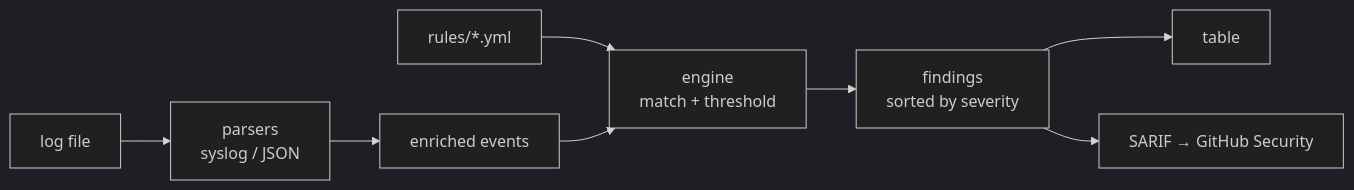
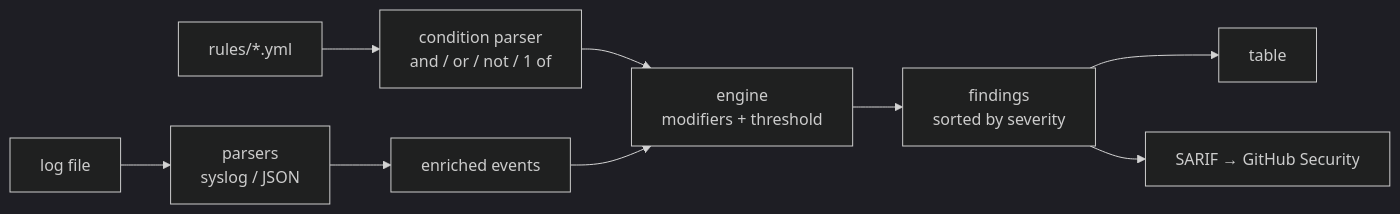
Before and after one commit to a0merr/siglint: the diagram in README.md, drawn with Mermaid (dark theme). The commit also changed other lines of this file and 17 other files, not shown here.

First line of the commit message:
feat: full Sigma condition syntax, modifiers, and `siglint validate`

````diff
--- a/README.md
+++ b/README.md
@@ -81,10 +116,11 @@
 ```mermaid
 flowchart LR
     LOG[log file] --> P[parsers<br/>syslog / JSON]
     P --> EV[enriched events]
-    R[rules/*.yml] --> E[engine<br/>match + threshold]
+    R[rules/*.yml] --> C[condition parser<br/>and / or / not / 1 of]
+    C --> E[engine<br/>modifiers + threshold]
     EV --> E
     E --> F[findings<br/>sorted by severity]
     F --> T[table]
     F --> S[SARIF → GitHub Security]
 ```
````
